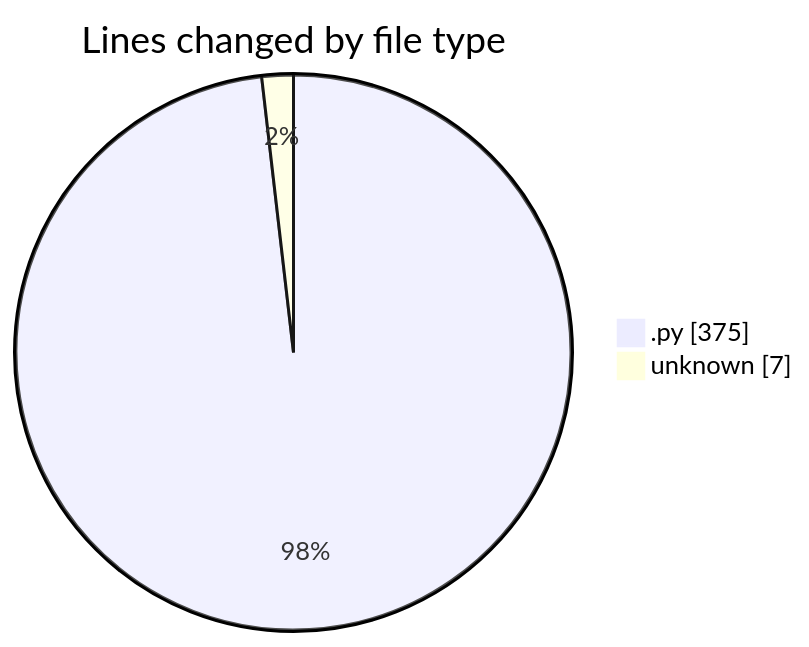
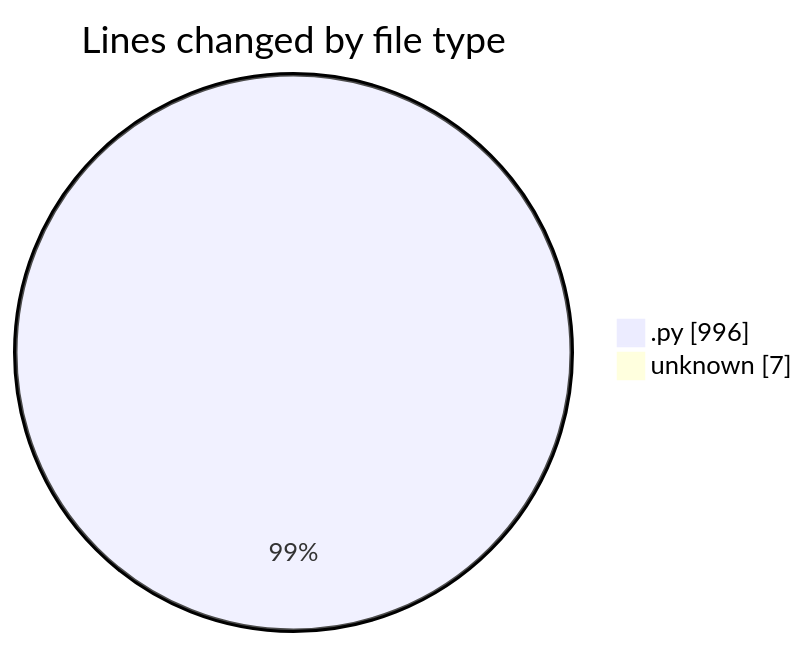
Before and after one commit to momahboobian/code-tracking: the first of 2 diagrams in 2026-09-21/video-downloader/README.md, drawn with Mermaid. The commit also changed other lines of this file and 1 other file, not shown here.

````diff
--- a/2026-09-21/video-downloader/README.md
+++ b/2026-09-21/video-downloader/README.md
@@ -22,6 +22,6 @@
 ```mermaid
 pie showData
 title Lines changed by file type
-".py" : 375
+".py" : 996
 "unknown" : 7
 ```
````
